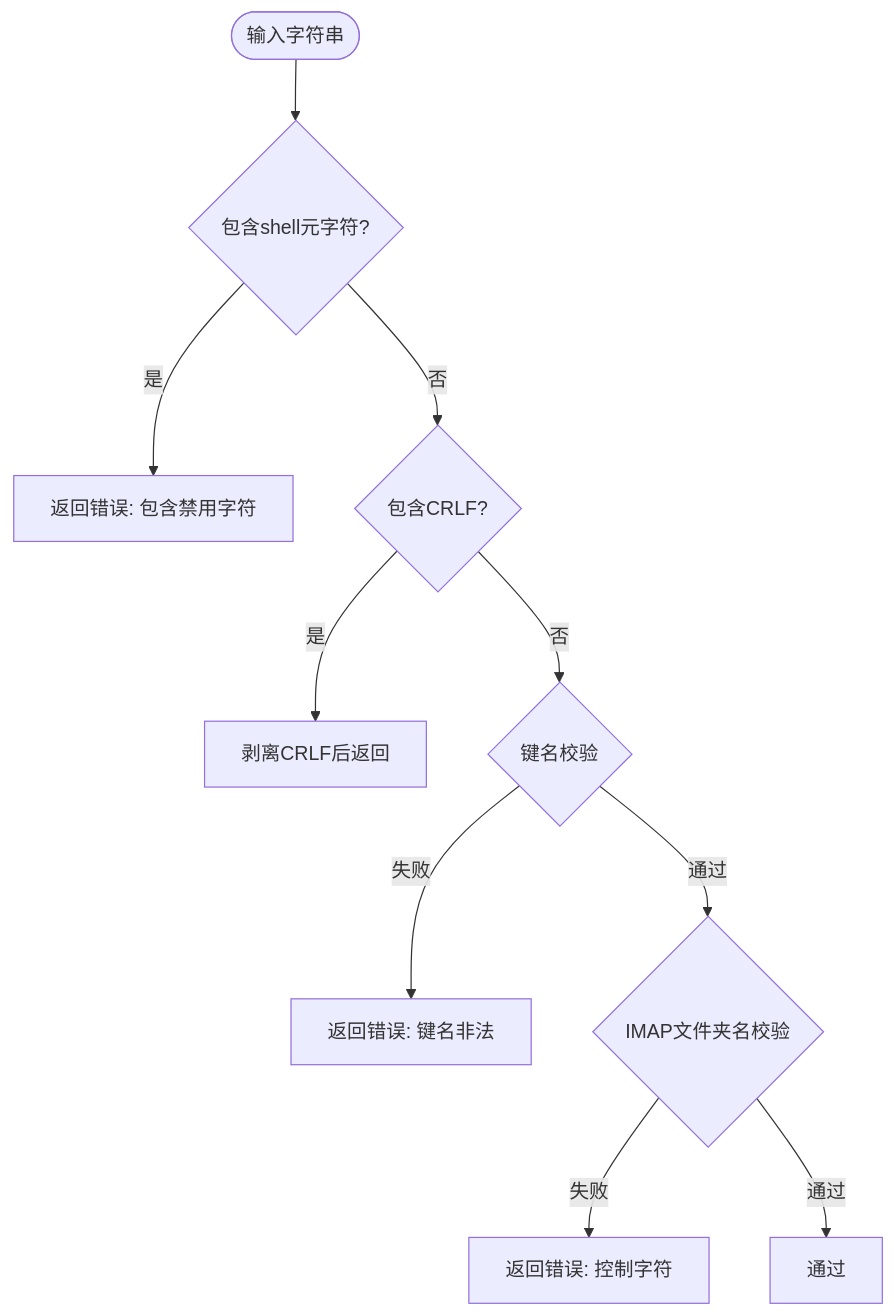
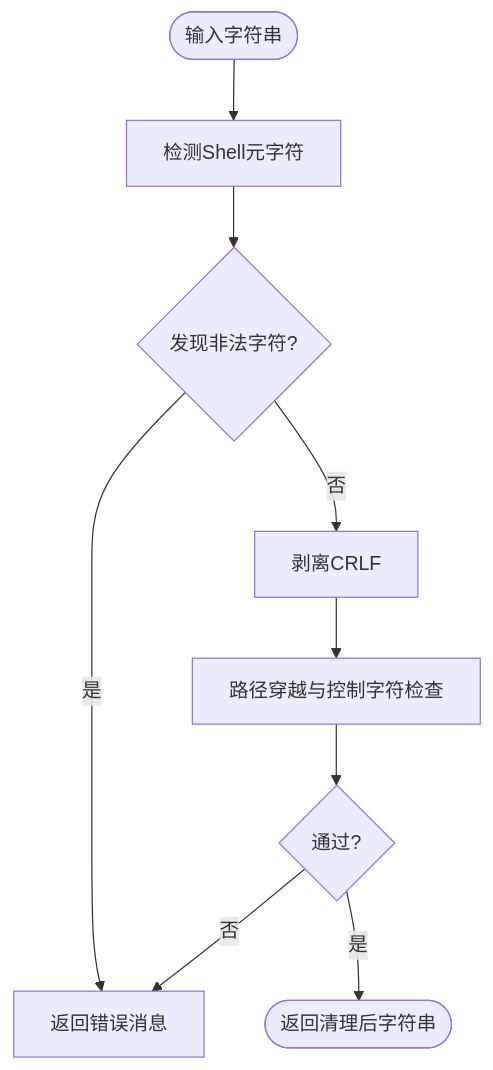
One commit to wayyet/kingcrab changed the fifth of 8 diagrams in .qoder/repowiki/zh/content/工具系统/工具安全策略.md. Above: the diagram before and after it, drawn with Mermaid. The commit also changed other lines of this file and 431 other files, not shown here.

````diff
--- a/.qoder/repowiki/zh/content/工具系统/工具安全策略.md
+++ b/.qoder/repowiki/zh/content/工具系统/工具安全策略.md
@@ -185,12 +215,11 @@
 ```mermaid
 flowchart TD
-In(["输入字符串"]) --> Meta{"包含shell元字符?"}
-Meta --> |是| Err1["返回错误: 包含禁用字符"]
-Meta --> |否| CRLF{"包含CRLF?"}
-CRLF --> |是| Strip["剥离CRLF后返回"]
-CRLF --> |否| KeyCheck{"键名校验"}
-KeyCheck --> |失败| Err2["返回错误: 键名非法"]
-KeyCheck --> |通过| IMAP{"IMAP文件夹名校验"}
-IMAP --> |失败| Err3["返回错误: 控制字符"]
-IMAP --> |通过| OK["通过"]
+In(["输入字符串"]) --> Detect["检测Shell元字符"]
+Detect --> Found{"发现非法字符?"}
+Found -- 是 --> Err["返回错误消息"]
+Found -- 否 --> Strip["剥离CRLF"]
+Strip --> PathChk["路径穿越与控制字符检查"]
+PathChk --> PathOk{"通过?"}
+PathOk -- 否 --> Err
+PathOk -- 是 --> Out(["返回清理后字符串"])
 ```
````
